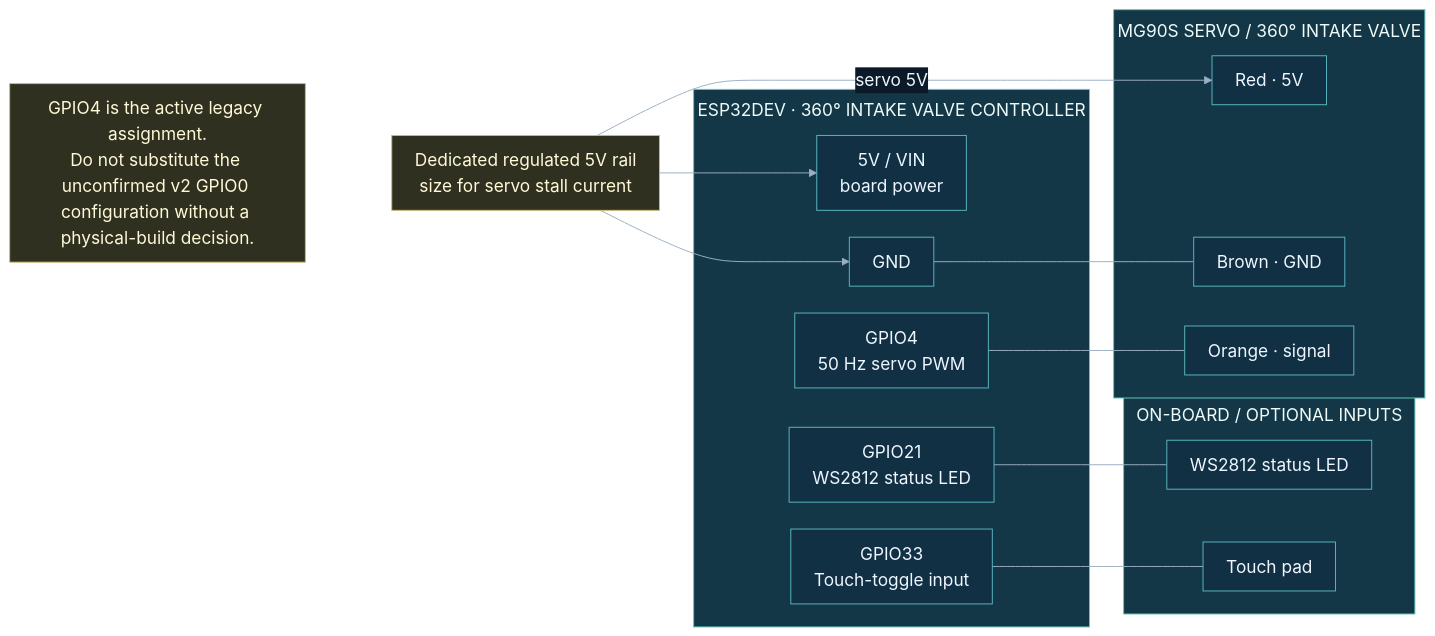
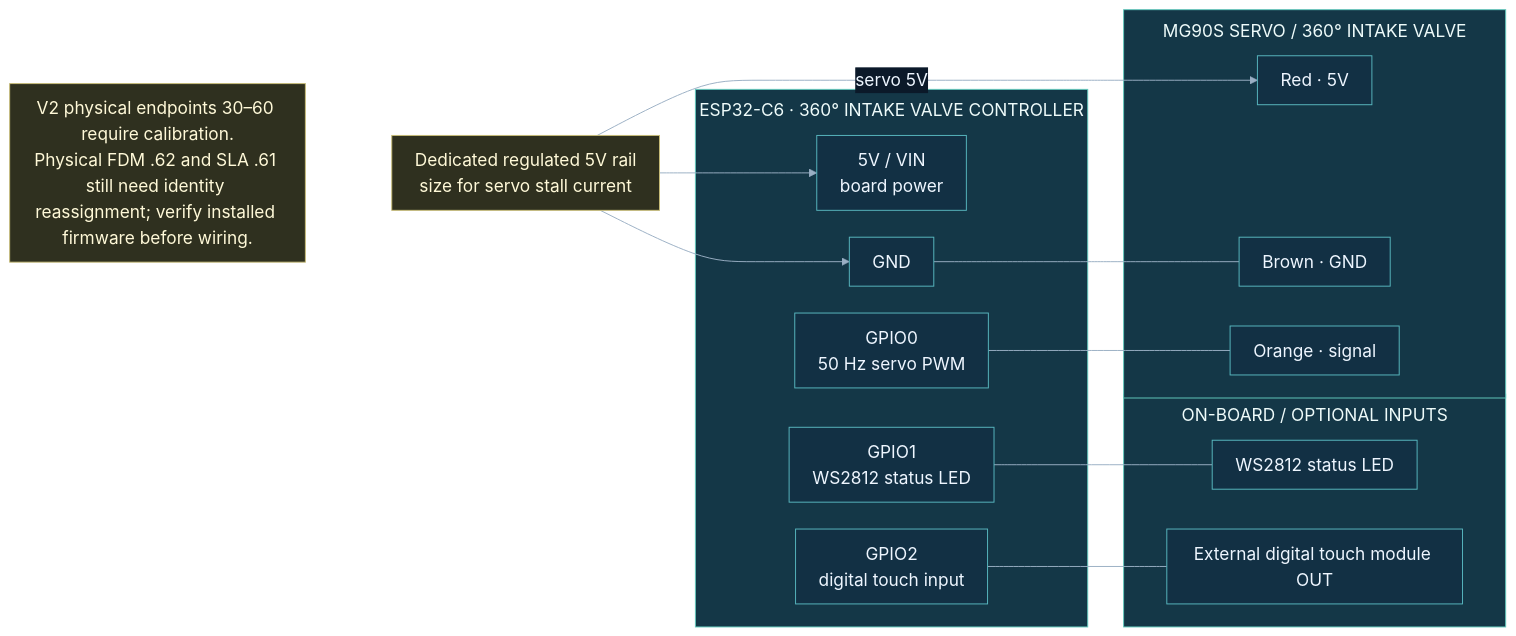
One commit to Nysplaidame/home-automation-project changed the diagram in main/docs/diagrams/ventsys/esp32-360-valve-controller-wiring.mermaid. Above: the diagram before and after it, drawn with Mermaid. The commit also changed 99 other files, not shown here.

```diff
--- a/main/docs/diagrams/ventsys/esp32-360-valve-controller-wiring.mermaid
+++ b/main/docs/diagrams/ventsys/esp32-360-valve-controller-wiring.mermaid
@@ -1,34 +1,34 @@
 %%{init: {"theme":"base","fontFamily":"Segoe UI, sans-serif","themeVariables":{"primaryColor":"#123044","primaryTextColor":"#eef6ff","primaryBorderColor":"#58b7bf","lineColor":"#9aafc4","clusterBkg":"#0d1c2d","clusterBorder":"#38516b","tertiaryColor":"#0d1c2d","edgeLabelBackground":"#0b1929","fontSize":"18px"},"flowchart":{"curve":"basis","nodeSpacing":28,"rankSpacing":90,"padding":12,"subGraphTitleMargin":{"top":8,"bottom":16},"wrappingWidth":260,"useMaxWidth":false}}}%%
 flowchart LR
-    %% Applies to the legacy active FDM/SLA 360 intake valve YAML files; do not use for the unconfirmed v2 Nerdiy variants.
+    %% Applies to the ESP32-C6 v2 intake firmware; verify each physical board and deployed identity before wiring.
     %% Layout: power (left) --> ESP pins --- peripheral pins (right). Servo 5V comes straight from the PSU.
     PSU["Dedicated regulated 5V rail<br/>size for servo stall current"]
-    subgraph ESP["ESP32DEV · 360° INTAKE VALVE CONTROLLER"]
+    subgraph ESP["ESP32-C6 · 360° INTAKE VALVE CONTROLLER"]
         ESPVin["5V / VIN<br/>board power"]
         ESPGnd["GND"]
-        ServoPin["GPIO4<br/>50 Hz servo PWM"]
-        LedPin["GPIO21<br/>WS2812 status LED"]
-        TouchPin["GPIO33<br/>Touch-toggle input"]
+        ServoPin["GPIO0<br/>50 Hz servo PWM"]
+        LedPin["GPIO1<br/>WS2812 status LED"]
+        TouchPin["GPIO2<br/>digital touch input"]
     end
     subgraph Servo["MG90S SERVO / 360° INTAKE VALVE"]
         ServoV["Red · 5V"]
         ServoGnd["Brown · GND"]
         ServoSignal["Orange · signal"]
     end
     subgraph Aux["ON-BOARD / OPTIONAL INPUTS"]
         Led["WS2812 status LED"]
-        Touch["Touch pad"]
+        Touch["External digital touch module OUT"]
     end
-    Note["GPIO4 is the active legacy assignment.<br/>Do not substitute the unconfirmed v2 GPIO0 configuration without a physical-build decision."]
+    Note["V2 physical endpoints 30–60 require calibration.<br/>Physical FDM .62 and SLA .61 still need identity reassignment; verify installed firmware before wiring."]
     PSU --> ESPVin
     PSU --> ESPGnd
     PSU -->|servo 5V| ServoV
     ESPGnd --- ServoGnd
     ServoPin --- ServoSignal
     LedPin --- Led
     TouchPin --- Touch
     Note ~~~ PSU
     class ESP,Servo,Aux core
     class PSU,Note policy
     classDef core fill:#143747,stroke:#63c9bd,color:#eefbfa
     classDef policy fill:#2f301f,stroke:#c7bc77,color:#fff9d8
```
